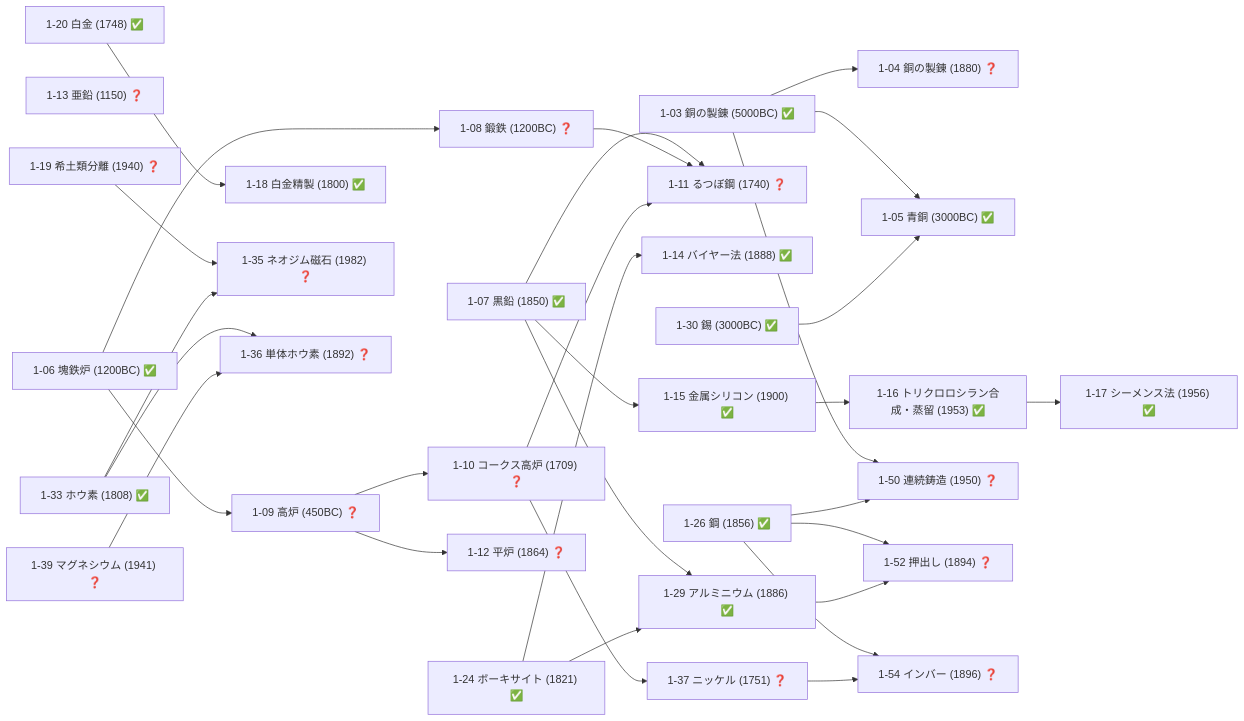
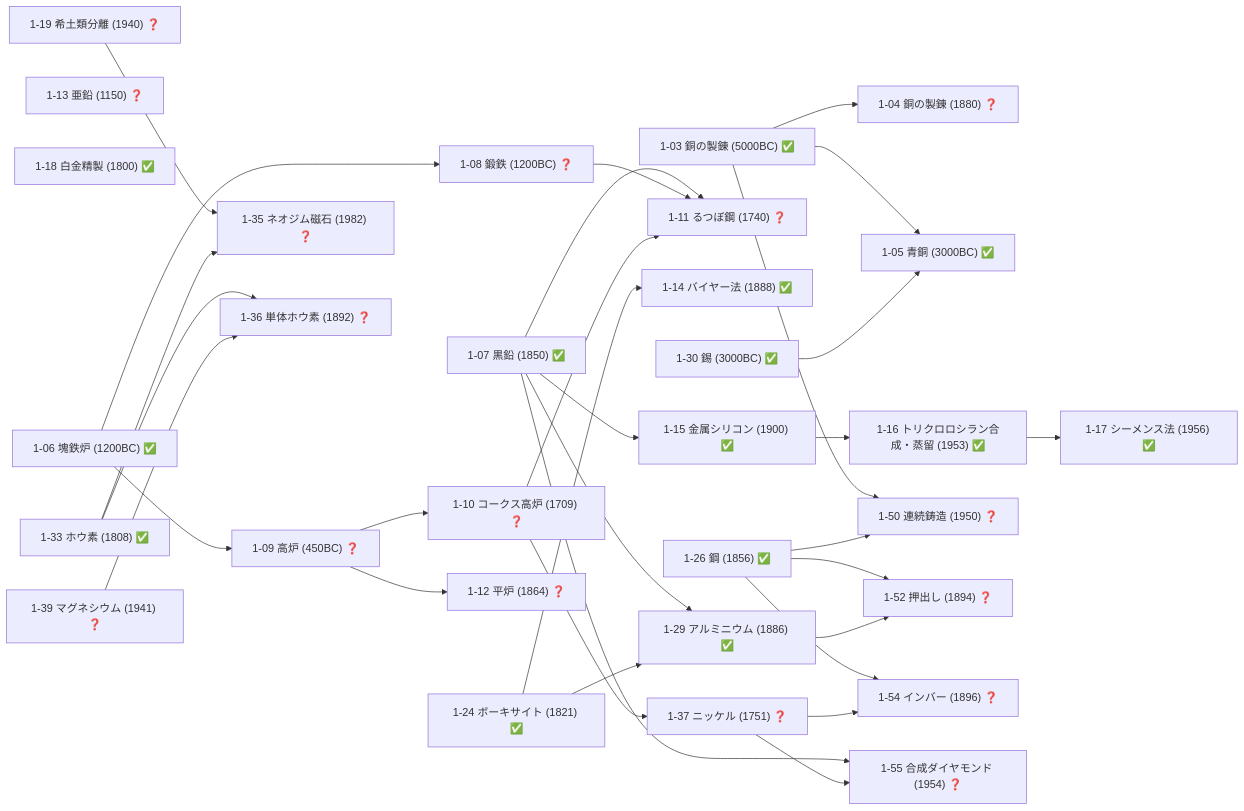
One commit to taku3i0317-collab/semiconductor-lab changed the fourth of 19 diagrams in docs/TECH_TREE_VIEW.md. Above: the diagram before and after it, drawn with Mermaid. The commit also changed other lines of this file and 9 other files, not shown here.

````diff
--- a/docs/TECH_TREE_VIEW.md
+++ b/docs/TECH_TREE_VIEW.md
@@ -175,61 +175,62 @@
 ```mermaid
 graph LR
   n1_03["1-03 銅の製錬 (5000BC) ✅"]
   n1_04["1-04 銅の製錬 (1880) ❓"]
   n1_05["1-05 青銅 (3000BC) ✅"]
   n1_06["1-06 塊鉄炉 (1200BC) ✅"]
   n1_07["1-07 黒鉛 (1850) ✅"]
   n1_08["1-08 鍛鉄 (1200BC) ❓"]
   n1_09["1-09 高炉 (450BC) ❓"]
   n1_10["1-10 コークス高炉 (1709) ❓"]
   n1_11["1-11 るつぼ鋼 (1740) ❓"]
   n1_12["1-12 平炉 (1864) ❓"]
   n1_13["1-13 亜鉛 (1150) ❓"]
   n1_14["1-14 バイヤー法 (1888) ✅"]
   n1_15["1-15 金属シリコン (1900) ✅"]
   n1_16["1-16 トリクロロシラン合成・蒸留 (1953) ✅"]
   n1_17["1-17 シーメンス法 (1956) ✅"]
   n1_18["1-18 白金精製 (1800) ✅"]
   n1_19["1-19 希土類分離 (1940) ❓"]
-  n1_20["1-20 白金 (1748) ✅"]
   n1_24["1-24 ボーキサイト (1821) ✅"]
   n1_26["1-26 鋼 (1856) ✅"]
   n1_29["1-29 アルミニウム (1886) ✅"]
   n1_30["1-30 錫 (3000BC) ✅"]
   n1_33["1-33 ホウ素 (1808) ✅"]
   n1_35["1-35 ネオジム磁石 (1982) ❓"]
   n1_36["1-36 単体ホウ素 (1892) ❓"]
   n1_37["1-37 ニッケル (1751) ❓"]
   n1_39["1-39 マグネシウム (1941) ❓"]
   n1_50["1-50 連続鋳造 (1950) ❓"]
   n1_52["1-52 押出し (1894) ❓"]
   n1_54["1-54 インバー (1896) ❓"]
+  n1_55["1-55 合成ダイヤモンド (1954) ❓"]
   n1_03-->n1_04
   n1_03-->n1_05
   n1_30-->n1_05
   n1_06-->n1_08
   n1_06-->n1_09
   n1_09-->n1_10
   n1_07-->n1_11
   n1_08-->n1_11
   n1_10-->n1_11
   n1_09-->n1_12
   n1_24-->n1_14
   n1_07-->n1_15
   n1_15-->n1_16
   n1_16-->n1_17
-  n1_20-->n1_18
   n1_07-->n1_29
   n1_24-->n1_29
   n1_19-->n1_35
   n1_33-->n1_35
   n1_33-->n1_36
   n1_39-->n1_36
   n1_10-->n1_37
   n1_03-->n1_50
   n1_26-->n1_50
   n1_26-->n1_52
   n1_29-->n1_52
   n1_26-->n1_54
   n1_37-->n1_54
+  n1_07-->n1_55
+  n1_37-->n1_55
 ```
````
